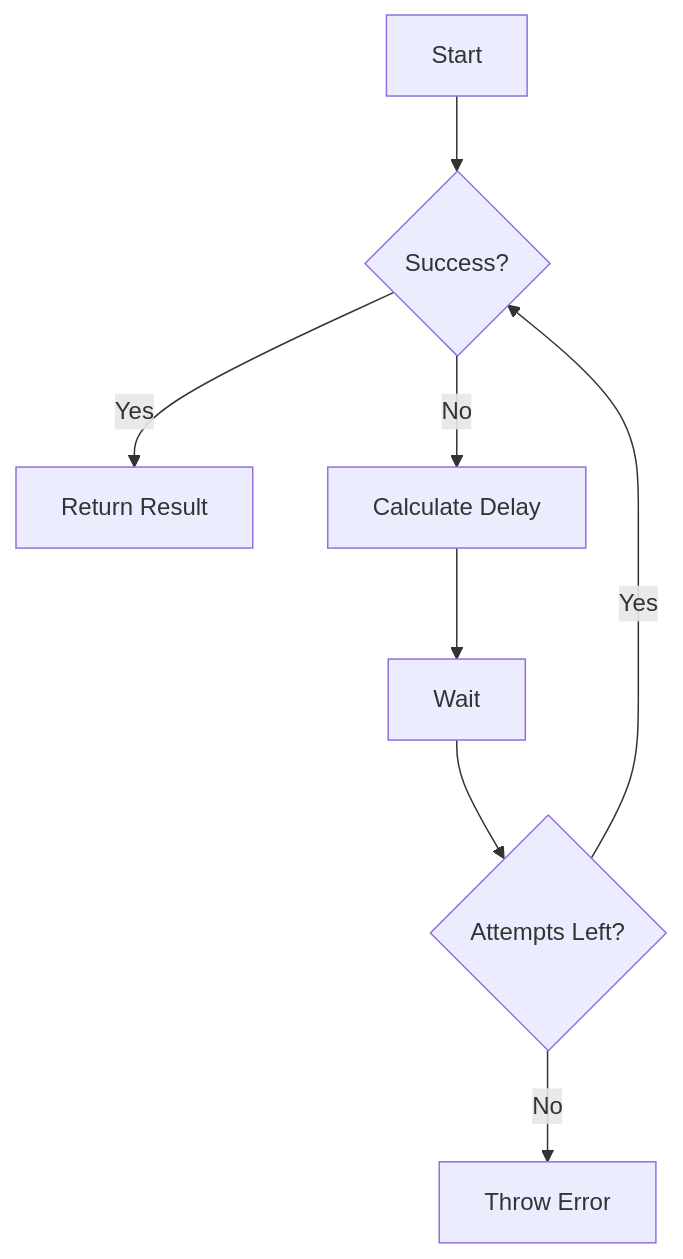
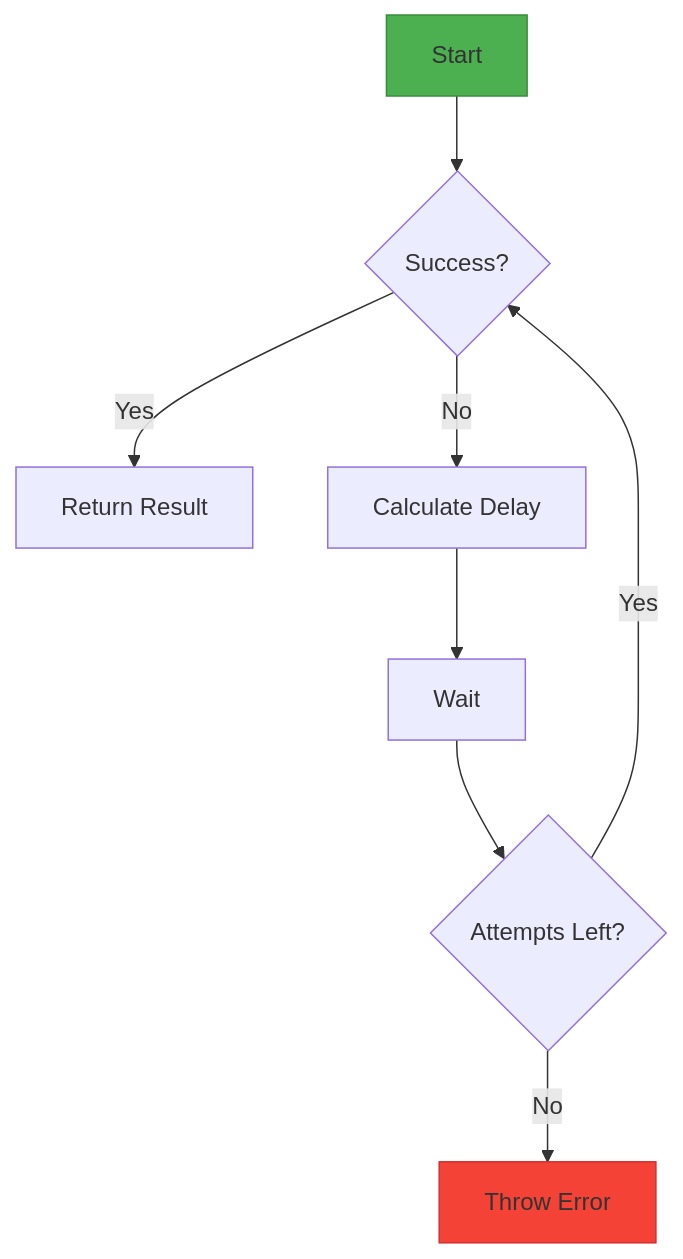
The first of 3 diagrams in README.md (khizerarshad/super-retry), drawn with Mermaid before and after one commit. The commit also changed other lines of this file and 1 other file, not shown here.

````diff
--- a/README.md
+++ b/README.md
@@ -40,10 +42,12 @@
 ```mermaid
 graph TD
   A[Start] --> B{Success?}
   B -->|Yes| C[Return Result]
   B -->|No| D[Calculate Delay]
   D --> E[Wait]
   E --> F{Attempts Left?}
   F -->|Yes| B
   F -->|No| G[Throw Error]
+  style A fill:#4CAF50,stroke:#388E3C
+  style G fill:#f44336,stroke:#d32f2f
 ```
````
